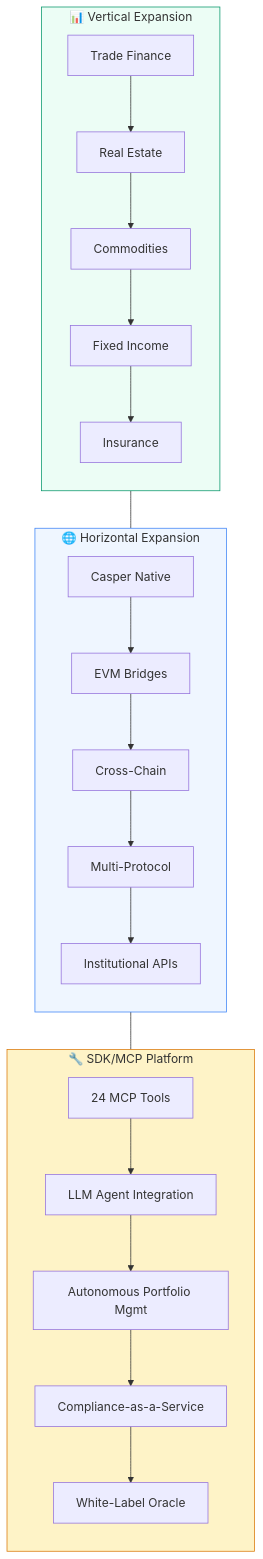
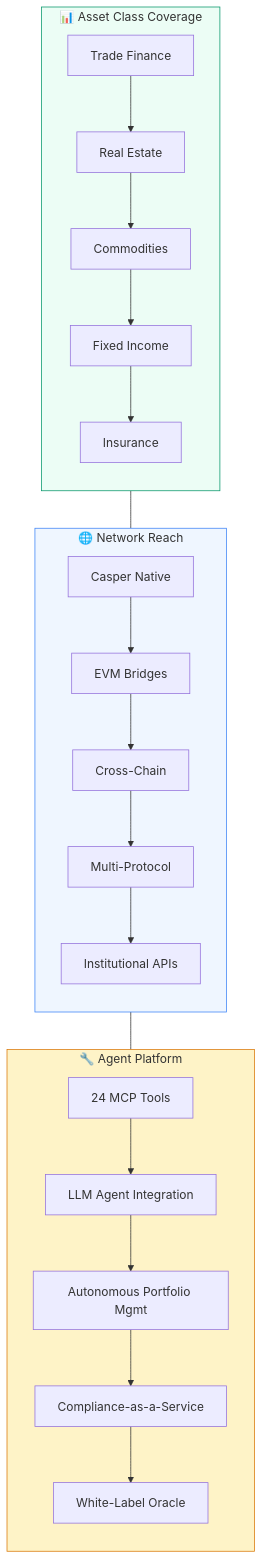
Before and after one commit to triumphkrug/RWA-Sentinel: the eighth of 8 diagrams in README.md, drawn with Mermaid. The commit also changed other lines of this file and 8 other files, not shown here.

First line of the commit message:
docs: align all files with real scoring factors, fix ports and schemas

````diff
--- a/README.md
+++ b/README.md
@@ -599,32 +598,32 @@
 ```mermaid
 flowchart TB
-    subgraph VERTICAL["📊 Vertical Expansion"]
+    subgraph ASSETS["📊 Asset Class Coverage"]
         direction TB
         V1["Trade Finance"] --> V2["Real Estate"]
         V2 --> V3["Commodities"]
         V3 --> V4["Fixed Income"]
         V4 --> V5["Insurance"]
     end
 
-    subgraph HORIZONTAL["🌐 Horizontal Expansion"]
+    subgraph REACH["🌐 Network Reach"]
         direction TB
         H1["Casper Native"] --> H2["EVM Bridges"]
         H2 --> H3["Cross-Chain"]
         H3 --> H4["Multi-Protocol"]
         H4 --> H5["Institutional APIs"]
     end
 
-    subgraph SDK_EXPAND["🔧 SDK/MCP Platform"]
+    subgraph PLATFORM["🔧 Agent Platform"]
         direction TB
         S1["24 MCP Tools"] --> S2["LLM Agent Integration"]
         S2 --> S3["Autonomous Portfolio Mgmt"]
         S3 --> S4["Compliance-as-a-Service"]
         S4 --> S5["White-Label Oracle"]
     end
 
-    VERTICAL --- HORIZONTAL --- SDK_EXPAND
+    ASSETS --- REACH --- PLATFORM
 
-    style VERTICAL fill:#ecfdf5,stroke:#059669
-    style HORIZONTAL fill:#eff6ff,stroke:#3b82f6
-    style SDK_EXPAND fill:#fef3c7,stroke:#d97706
+    style ASSETS fill:#ecfdf5,stroke:#059669
+    style REACH fill:#eff6ff,stroke:#3b82f6
+    style PLATFORM fill:#fef3c7,stroke:#d97706
 ```
````
